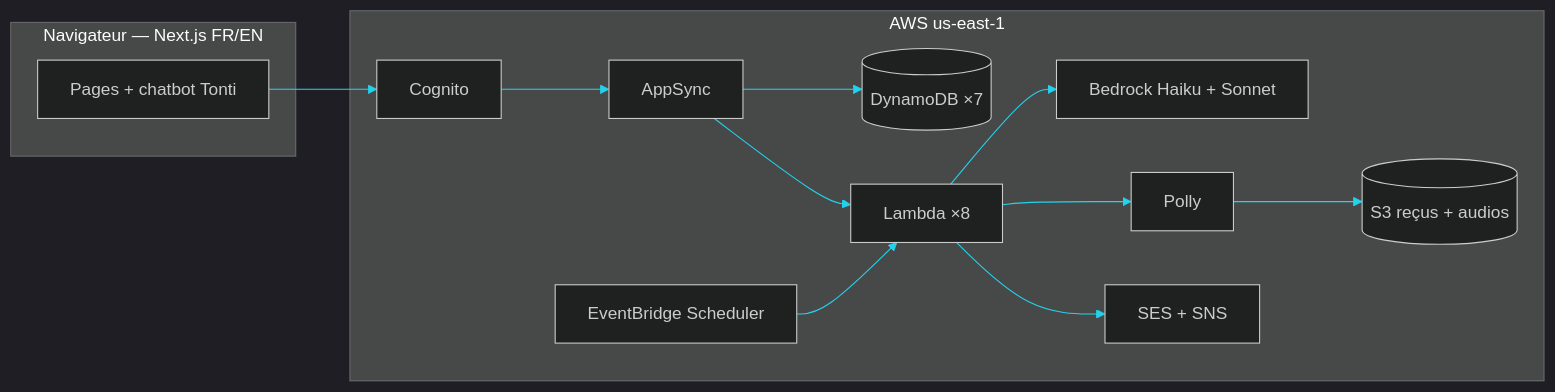
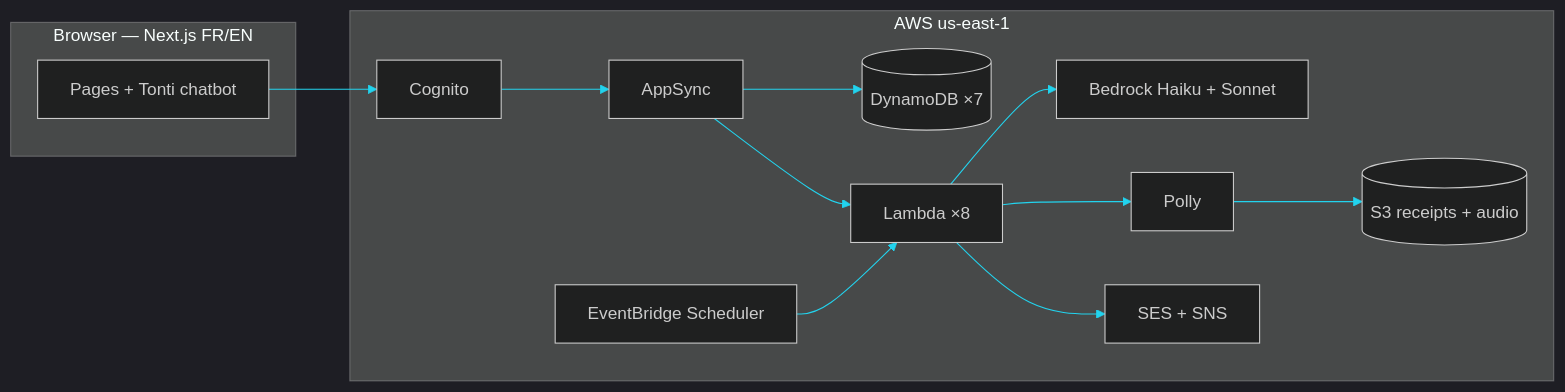
One commit to ACADEMIC-AND-PERSONAL-PROJECTS/tontine-pilot changed the diagram in README.md. Above: the diagram before and after it, drawn with Mermaid. The commit also changed other lines of this file, not shown here.

````diff
--- a/README.md
+++ b/README.md
@@ -128,22 +129,22 @@
 ```mermaid
 %%{init: {"theme":"dark", "themeVariables": {"primaryColor":"#8B5CF6", "primaryTextColor":"#FAFAFA", "primaryBorderColor":"#8B5CF6", "lineColor":"#22D3EE"}}}%%
 flowchart LR
-    subgraph Client["Navigateur — Next.js FR/EN"]
-        UI[Pages + chatbot Tonti]
+    subgraph Client["Browser — Next.js FR/EN"]
+        UI[Pages + Tonti chatbot]
     end
     subgraph AWS["AWS us-east-1"]
         COG[Cognito]
         API[AppSync]
         DB[(DynamoDB ×7)]
         FN[Lambda ×8]
         BR[Bedrock Haiku + Sonnet]
         PO[Polly]
-        S3[(S3 reçus + audios)]
+        S3[(S3 receipts + audio)]
         EV[EventBridge Scheduler]
         MAIL[SES + SNS]
     end
     UI --> COG --> API --> DB
     API --> FN --> BR
     FN --> PO --> S3
     EV --> FN --> MAIL
 ```
````
